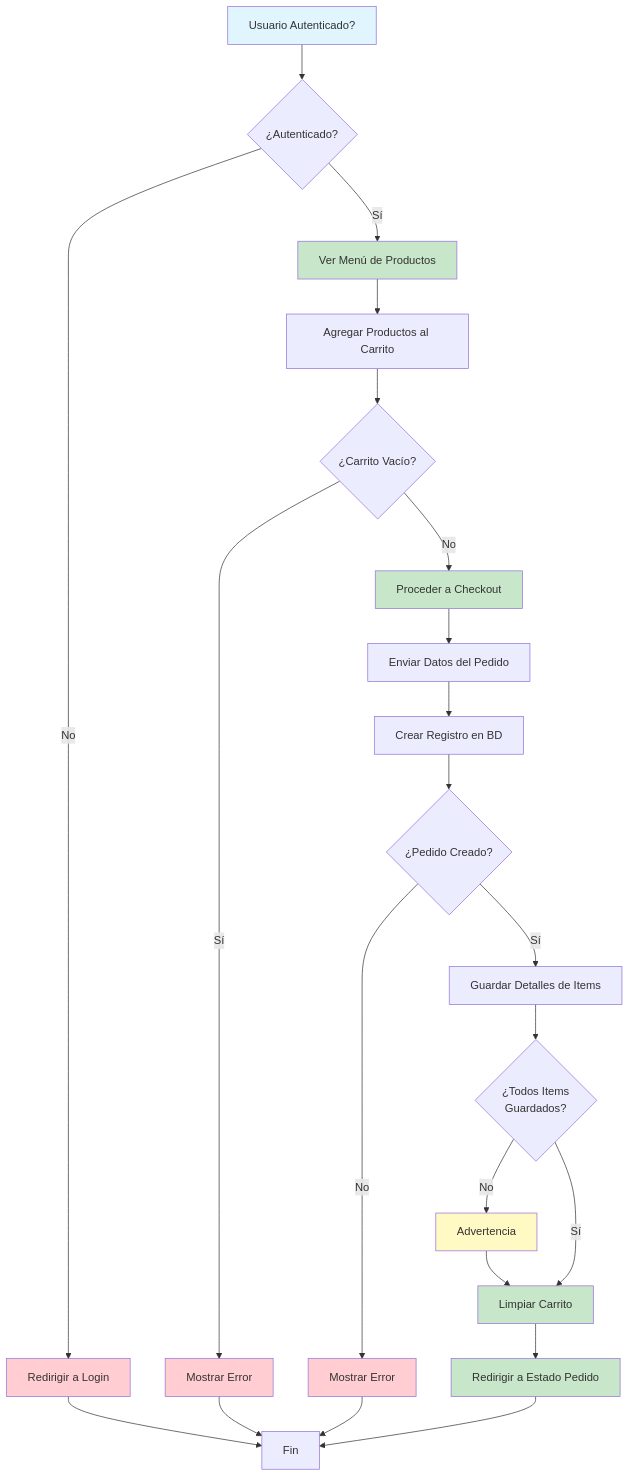
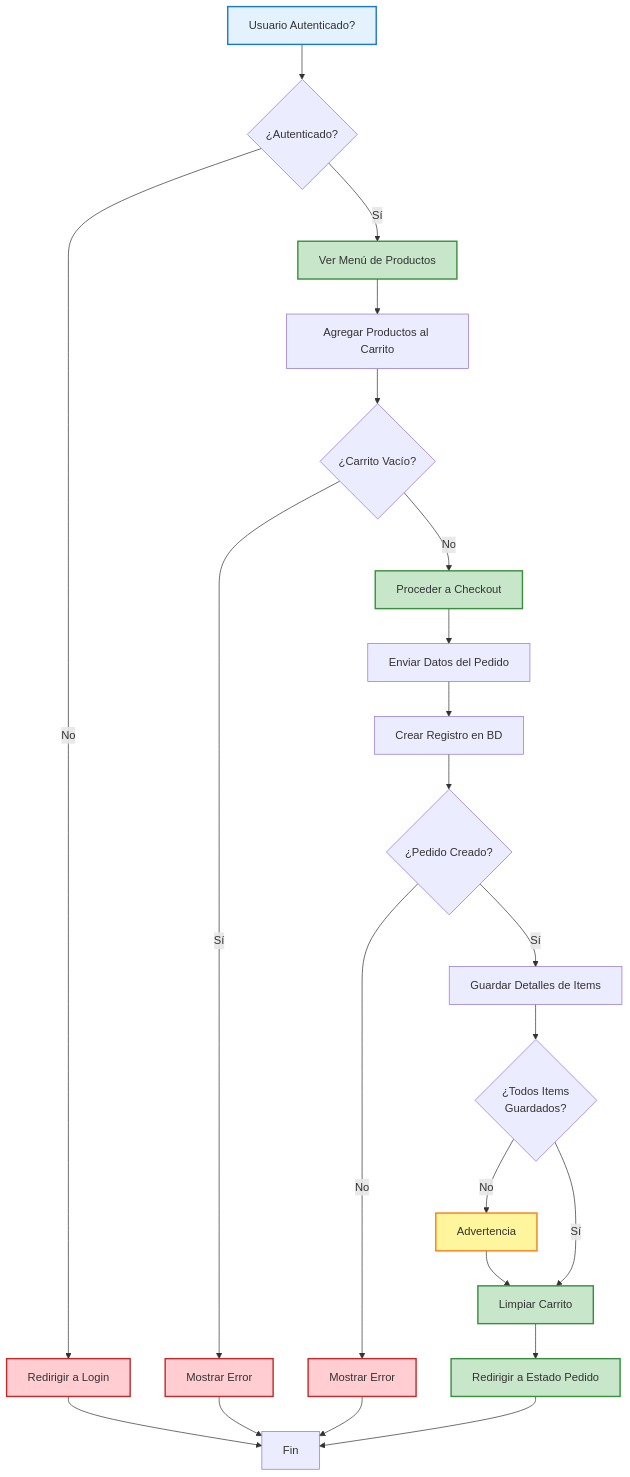
Before and after one commit to keanroti/Cafeteria: the third of 9 diagrams in DIAGRAMAS_UML.md, drawn with Mermaid. The commit also changed other lines of this file, not shown here.

Commit message:
diagramas

````diff
--- a/DIAGRAMAS_UML.md
+++ b/DIAGRAMAS_UML.md
@@ -184,42 +184,42 @@
 ```mermaid
 flowchart TD
     A["Usuario Autenticado?"] --> B{¿Autenticado?}
     B -->|No| C["Redirigir a Login"]
     B -->|Sí| D["Ver Menú de Productos"]
     
     C --> Z["Fin"]
     
     D --> E["Agregar Productos al Carrito"]
     E --> F{¿Carrito Vacío?}
     
     F -->|Sí| G["Mostrar Error"]
     G --> Z
     
     F -->|No| H["Proceder a Checkout"]
     H --> I["Enviar Datos del Pedido"]
     I --> J["Crear Registro en BD"]
     J --> K{¿Pedido Creado?}
     
     K -->|No| L["Mostrar Error"]
     L --> Z
     
     K -->|Sí| M["Guardar Detalles de Items"]
     M --> N{¿Todos Items<br/>Guardados?}
     
     N -->|No| O["Advertencia"]
     O --> P["Limpiar Carrito"]
     
     N -->|Sí| P
     P --> Q["Redirigir a Estado Pedido"]
     Q --> Z
     
-    style A fill:#e1f5ff
-    style D fill:#c8e6c9
-    style H fill:#c8e6c9
-    style P fill:#c8e6c9
-    style Q fill:#c8e6c9
-    style C fill:#ffcdd2
-    style G fill:#ffcdd2
-    style L fill:#ffcdd2
-    style O fill:#fff9c4
+    style A fill:#E3F2FD,stroke:#1976D2,stroke-width:2px
+    style D fill:#C8E6C9,stroke:#388E3C,stroke-width:2px
+    style H fill:#C8E6C9,stroke:#388E3C,stroke-width:2px
+    style P fill:#C8E6C9,stroke:#388E3C,stroke-width:2px
+    style Q fill:#C8E6C9,stroke:#388E3C,stroke-width:2px
+    style C fill:#FFCDD2,stroke:#C62828,stroke-width:2px
+    style G fill:#FFCDD2,stroke:#C62828,stroke-width:2px
+    style L fill:#FFCDD2,stroke:#C62828,stroke-width:2px
+    style O fill:#FFF59D,stroke:#F57F17,stroke-width:2px
 ```
````
